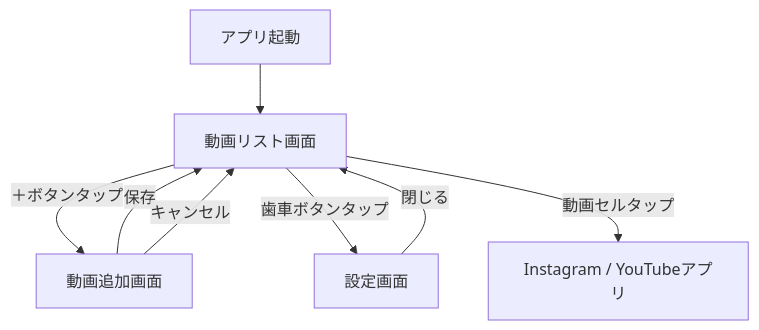
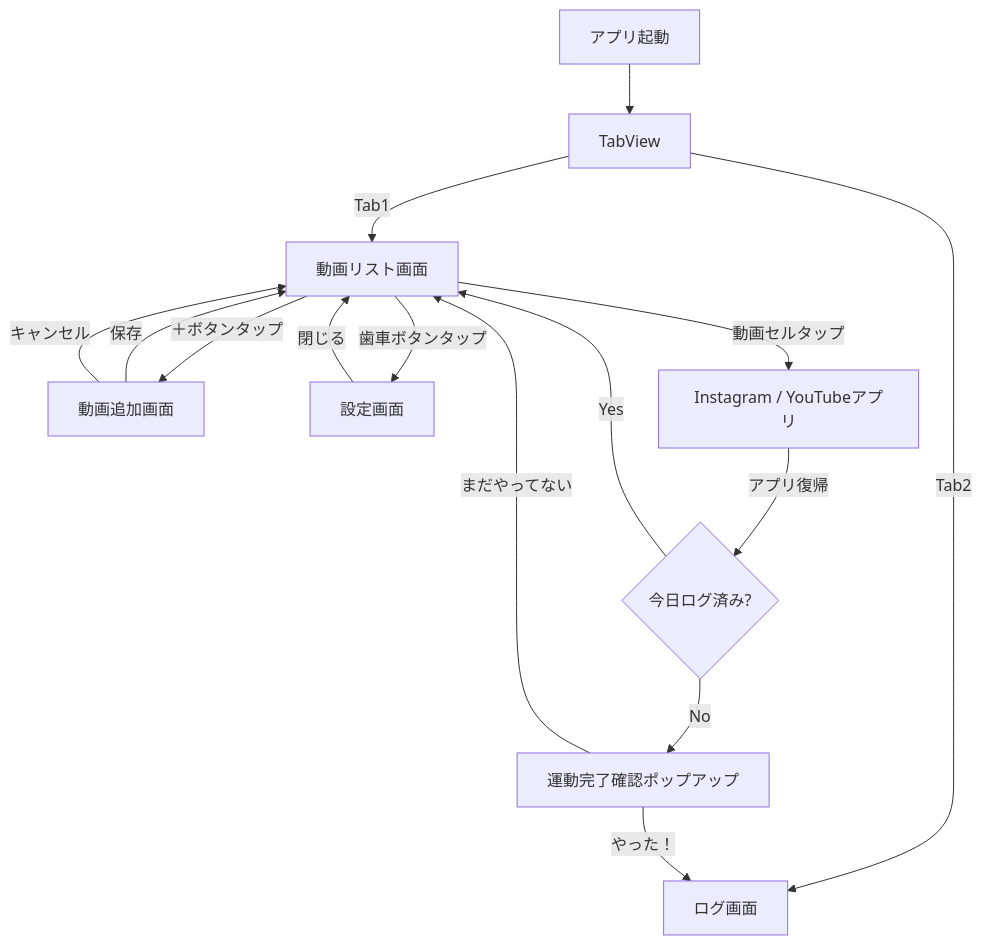
Before and after one commit to mnmKoka13/fitness-reminder: the first of 2 diagrams in docs/functional-design.md, drawn with Mermaid. The commit also changed other lines of this file and 4 other files, not shown here.

````diff
--- a/docs/functional-design.md
+++ b/docs/functional-design.md
@@ -24,10 +29,17 @@
 ```mermaid
 graph TD
-    A[アプリ起動] --> B[動画リスト画面]
-    B -->|＋ボタンタップ| C[動画追加画面]
-    B -->|歯車ボタンタップ| D[設定画面]
-    C -->|保存| B
-    C -->|キャンセル| B
-    D -->|閉じる| B
-    B -->|動画セルタップ| E[Instagram / YouTubeアプリ]
+    A[アプリ起動] --> B[TabView]
+    B -->|Tab1| C[動画リスト画面]
+    B -->|Tab2| D[ログ画面]
+    C -->|＋ボタンタップ| E[動画追加画面]
+    C -->|歯車ボタンタップ| F[設定画面]
+    E -->|保存| C
+    E -->|キャンセル| C
+    F -->|閉じる| C
+    C -->|動画セルタップ| G[Instagram / YouTubeアプリ]
+    G -->|アプリ復帰| H{今日ログ済み?}
+    H -->|No| I[運動完了確認ポップアップ]
+    H -->|Yes| C
+    I -->|やった！| D
+    I -->|まだやってない| C
 ```
````
